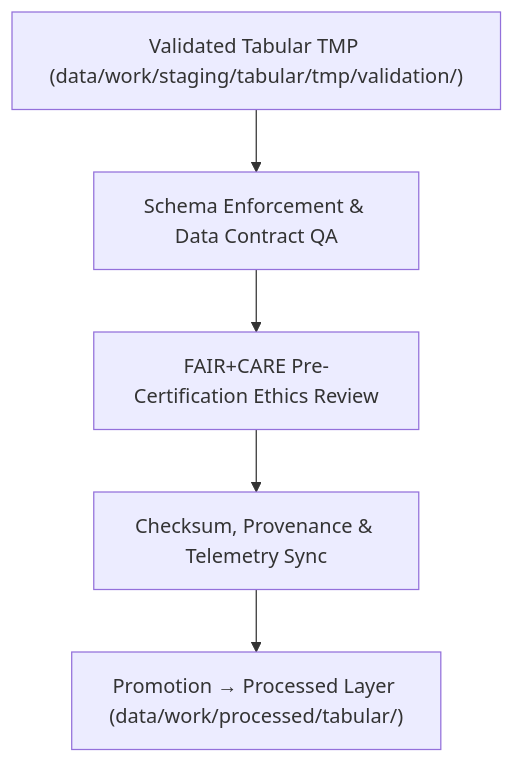
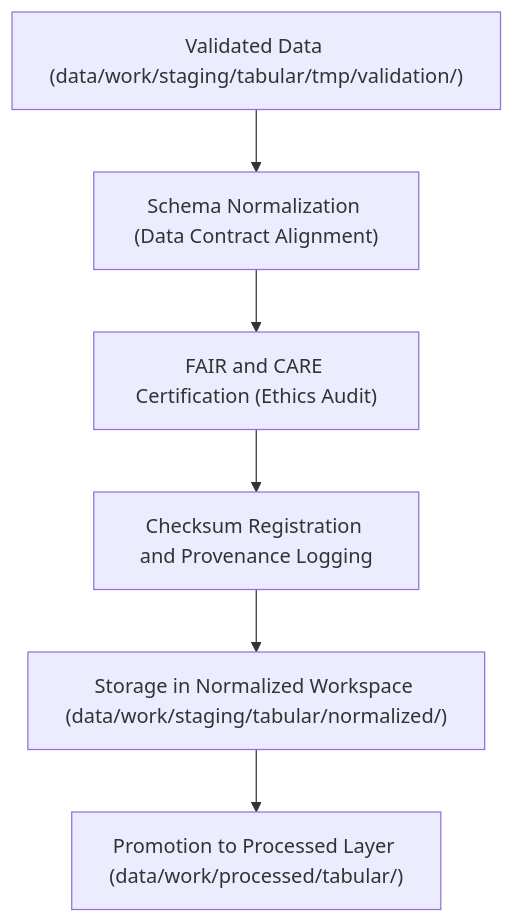
Before and after one commit to bartytime4life/Kansas-Frontier-Matrix: the diagram in data/work/staging/tabular/normalized/README.md, drawn with Mermaid. The commit also changed other lines of this file, not shown here.

````diff
--- a/data/work/staging/tabular/normalized/README.md
+++ b/data/work/staging/tabular/normalized/README.md
@@ -69,7 +62,8 @@
 ```mermaid
 flowchart TD
-    A["Validated Tabular TMP (data/work/staging/tabular/tmp/validation/)"] --> B["Schema Enforcement & Data Contract QA"]
-    B --> C["FAIR+CARE Pre-Certification Ethics Review"]
-    C --> D["Checksum, Provenance & Telemetry Sync"]
-    D --> E["Promotion → Processed Layer (data/work/processed/tabular/)"]
+    A["Validated Data (data/work/staging/tabular/tmp/validation/)"] --> B["Schema Normalization (Data Contract Alignment)"]
+    B --> C["FAIR and CARE Certification (Ethics Audit)"]
+    C --> D["Checksum Registration and Provenance Logging"]
+    D --> E["Storage in Normalized Workspace (data/work/staging/tabular/normalized/)"]
+    E --> F["Promotion to Processed Layer (data/work/processed/tabular/)"]
 ```
````
